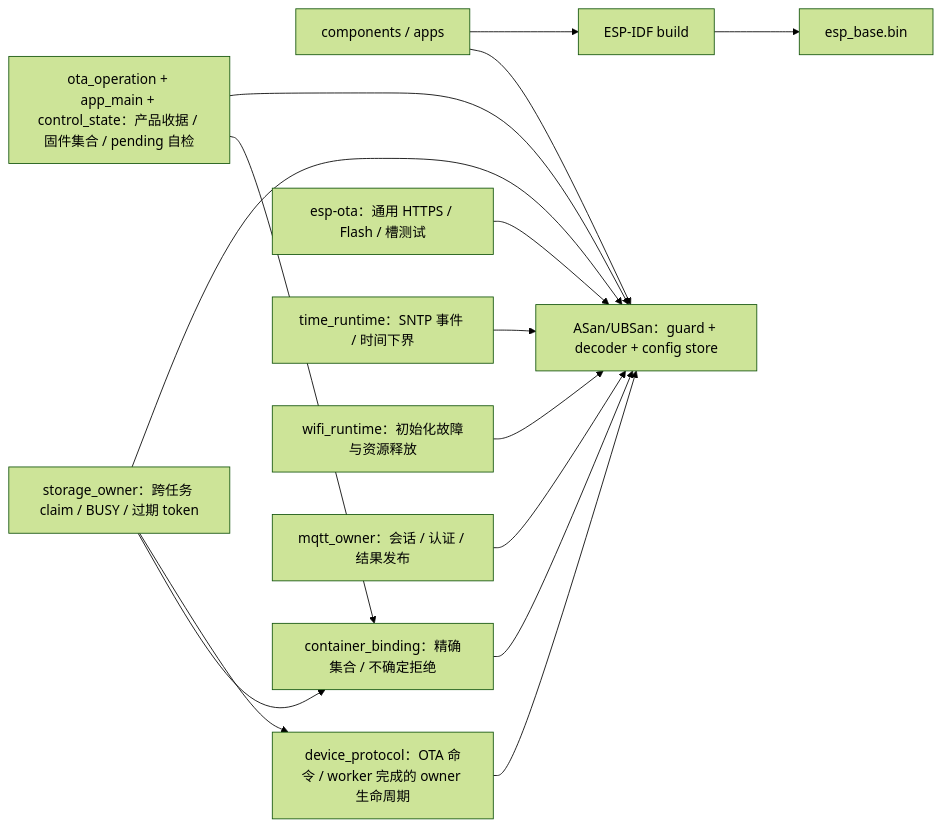
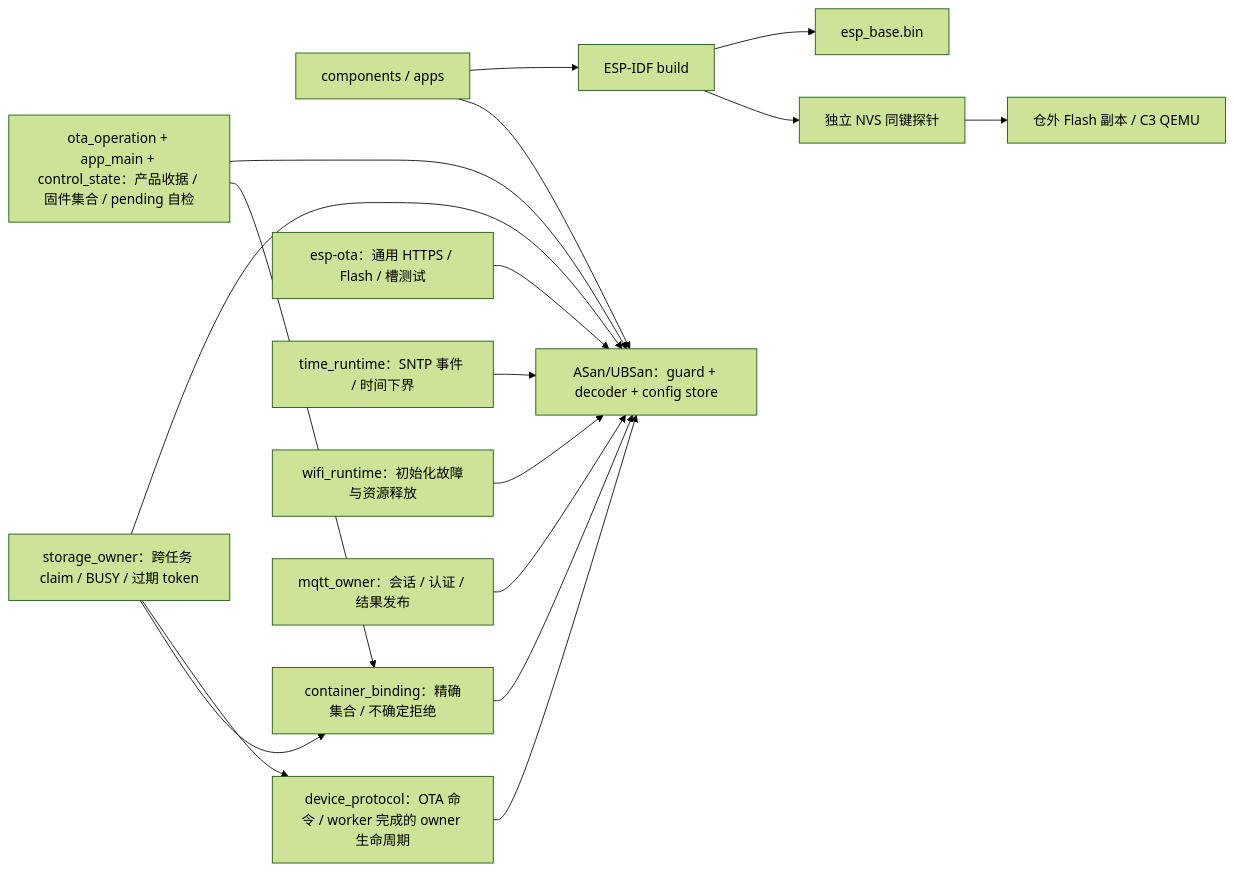
One commit to darren-you/esp-base changed the diagram in firmware/tests/README.md. Above: the diagram before and after it, drawn with Mermaid (forest theme). The commit also changed other lines of this file and 7 other files, not shown here.

````diff
--- a/firmware/tests/README.md
+++ b/firmware/tests/README.md
@@ -25,17 +25,19 @@
 ```mermaid
 flowchart LR
     sources["components / apps"] --> idf["ESP-IDF build"]
     sources --> host["ASan/UBSan：guard + decoder + config store"]
     ota["ota_operation + app_main + control_state：产品收据 / 固件集合 / pending 自检"] --> host
     owner["storage_owner：跨任务 claim / BUSY / 过期 token"] --> host
     protocol["device_protocol：OTA 命令 / worker 完成的 owner 生命周期"] --> host
     owner --> protocol
     binding["container_binding：精确集合 / 不确定拒绝"] --> host
     owner --> binding
     ota --> binding
     library["esp-ota：通用 HTTPS / Flash / 槽测试"] --> host
     time["time_runtime：SNTP 事件 / 时间下界"] --> host
     wifi["wifi_runtime：初始化故障与资源释放"] --> host
     mqtt["mqtt_owner：会话 / 认证 / 结果发布"] --> host
     idf --> image["esp_base.bin"]
+    idf --> probe["独立 NVS 同键探针"]
+    probe --> qemu["仓外 Flash 副本 / C3 QEMU"]
 ```
````
